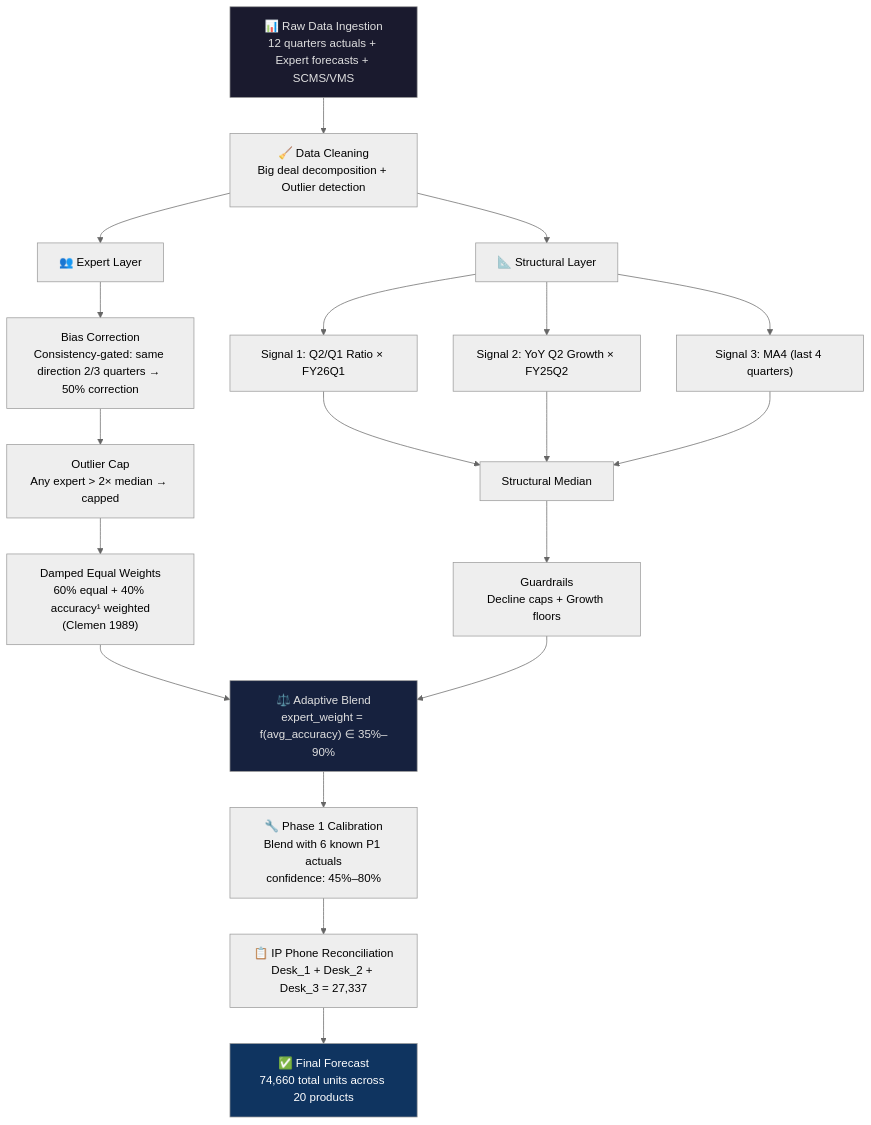
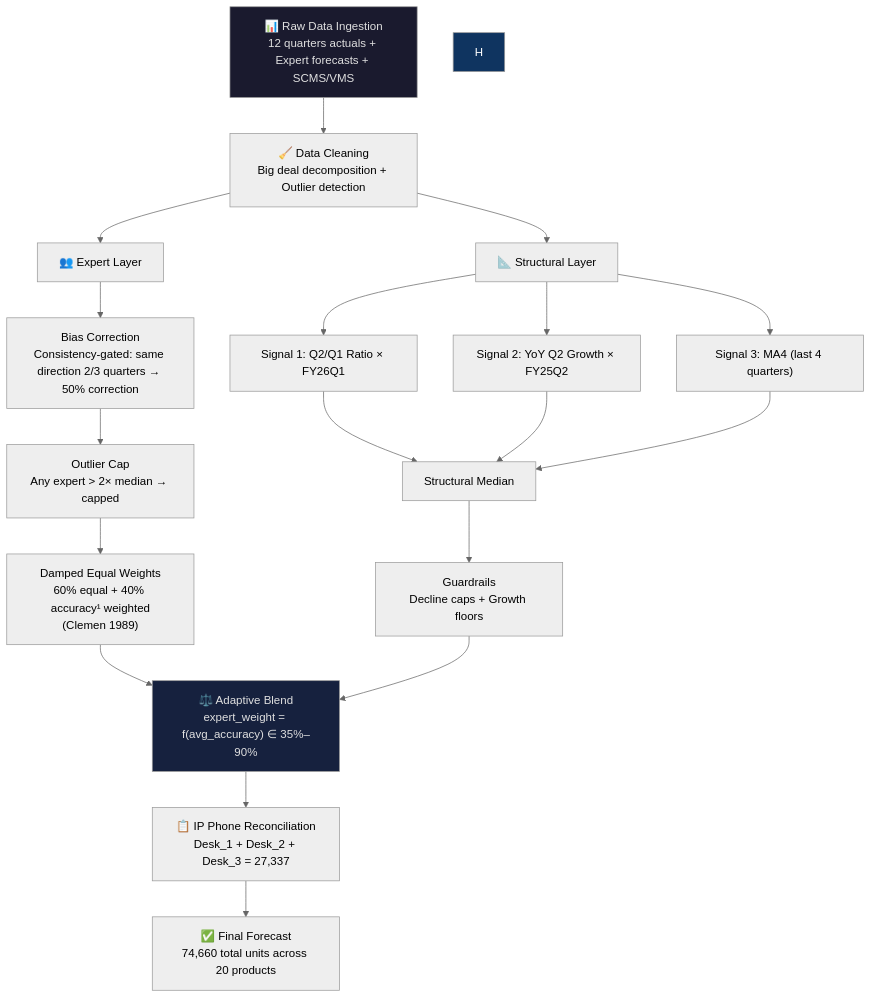
The first of 3 diagrams in README.md (Aruisop/CCL-Warriors), drawn with Mermaid (neutral theme) before and after one commit. The commit also changed other lines of this file, not shown here.

````diff
--- a/README.md
+++ b/README.md
@@ -81,30 +81,29 @@
 ```mermaid
 flowchart TD
     A["📊 Raw Data Ingestion\n12 quarters actuals + Expert forecasts + SCMS/VMS"] --> B["🧹 Data Cleaning\nBig deal decomposition + Outlier detection"]
 
     B --> C["👥 Expert Layer"]
     B --> D["📐 Structural Layer"]
 
     C --> C1["Bias Correction\nConsistency-gated: same direction 2/3 quarters → 50% correction"]
     C1 --> C2["Outlier Cap\nAny expert > 2× median → capped"]
     C2 --> C3["Damped Equal Weights\n60% equal + 40% accuracy¹ weighted\n(Clemen 1989)"]
 
     D --> D1["Signal 1: Q2/Q1 Ratio × FY26Q1"]
     D --> D2["Signal 2: YoY Q2 Growth × FY25Q2"]
     D --> D3["Signal 3: MA4 (last 4 quarters)"]
     D1 --> D4["Structural Median"]
     D2 --> D4
     D3 --> D4
     D4 --> D5["Guardrails\nDecline caps + Growth floors"]
 
     C3 --> E["⚖️ Adaptive Blend\nexpert_weight = f(avg_accuracy) ∈ 35%–90%"]
     D5 --> E
 
-    E --> F["🔧 Phase 1 Calibration\nBlend with 6 known P1 actuals\nconfidence: 45%–80%"]
-    F --> G["📋 IP Phone Reconciliation\nDesk_1 + Desk_2 + Desk_3 = 27,337"]
-    G --> H["✅ Final Forecast\n74,660 total units across 20 products"]
+    E --> F["📋 IP Phone Reconciliation\nDesk_1 + Desk_2 + Desk_3 = 27,337"]
+    F --> G["✅ Final Forecast\n74,660 total units across 20 products"]
 
     style A fill:#1a1a2e,color:#e0e0e0
     style E fill:#16213e,color:#e0e0e0
     style H fill:#0f3460,color:#ffffff
 ```
````
